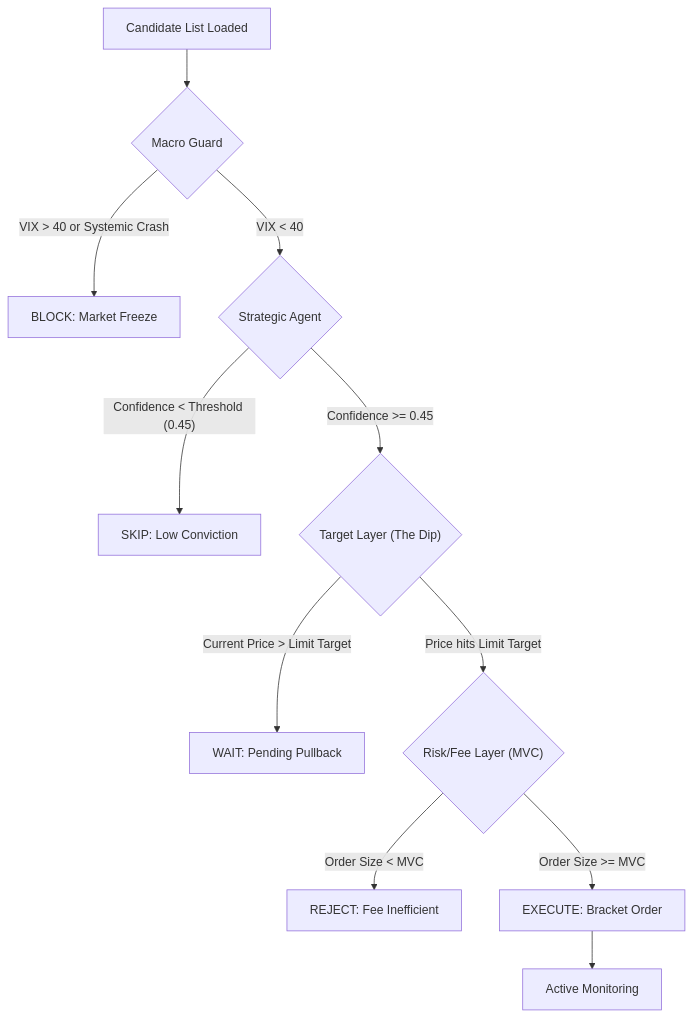
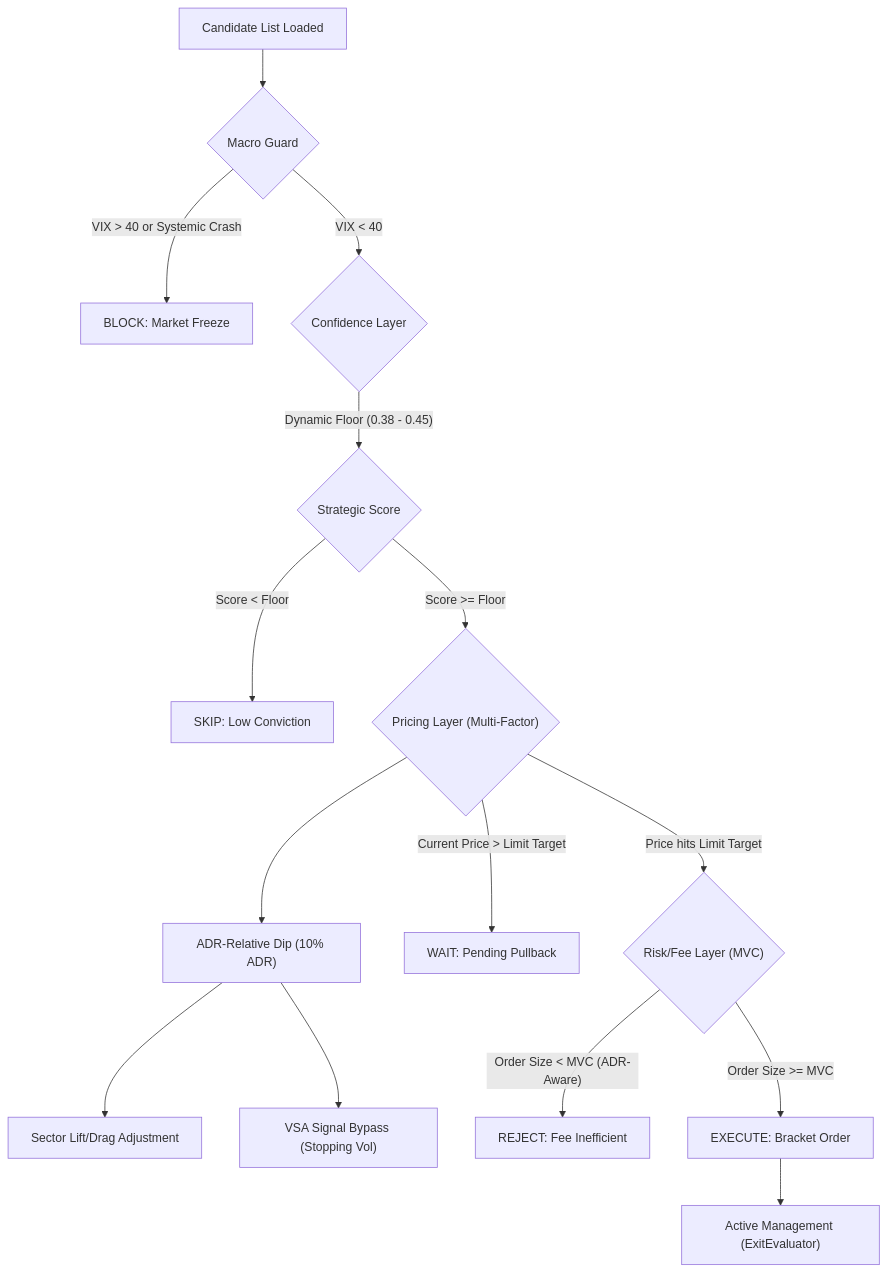
The diagram in docs/intelligence_flow.md (GFox1970/rsi-macd-portfolio), drawn with Mermaid before and after one commit. The commit also changed other lines of this file, not shown here.

Commit message:
Docs Sync: Replicating latest architectural updates from main repo

````diff
--- a/docs/intelligence_flow.md
+++ b/docs/intelligence_flow.md
@@ -23,17 +23,22 @@
 ```mermaid
 graph TD
     A["Candidate List Loaded"] --> B{"Macro Guard"}
     B -- "VIX > 40 or Systemic Crash" --> C["BLOCK: Market Freeze"]
-    B -- "VIX < 40" --> D{"Strategic Agent"}
+    B -- "VIX < 40" --> D{"Confidence Layer"}
     
-    D -- "Confidence < Threshold (0.45)" --> E["SKIP: Low Conviction"]
-    D -- "Confidence >= 0.45" --> F{"Target Layer (The Dip)"}
+    D -- "Dynamic Floor (0.38 - 0.45)" --> E{"Strategic Score"}
+    E -- "Score < Floor" --> F["SKIP: Low Conviction"]
+    E -- "Score >= Floor" --> G{"Pricing Layer (Multi-Factor)"}
     
-    F -- "Current Price > Limit Target" --> G["WAIT: Pending Pullback"]
-    F -- "Price hits Limit Target" --> H{"Risk/Fee Layer (MVC)"}
+    G --> G1["ADR-Relative Dip (10% ADR)"]
+    G1 --> G2["Sector Lift/Drag Adjustment"]
+    G1 --> G3["VSA Signal Bypass (Stopping Vol)"]
     
-    H -- "Order Size < MVC" --> I["REJECT: Fee Inefficient"]
-    H -- "Order Size >= MVC" --> J["EXECUTE: Bracket Order"]
+    G -- "Current Price > Limit Target" --> H["WAIT: Pending Pullback"]
+    G -- "Price hits Limit Target" --> I{"Risk/Fee Layer (MVC)"}
     
-    J --> K["Active Monitoring"]
+    I -- "Order Size < MVC (ADR-Aware)" --> J["REJECT: Fee Inefficient"]
+    I -- "Order Size >= MVC" --> K["EXECUTE: Bracket Order"]
+    
+    K --> L["Active Management (ExitEvaluator)"]
 ```
````
